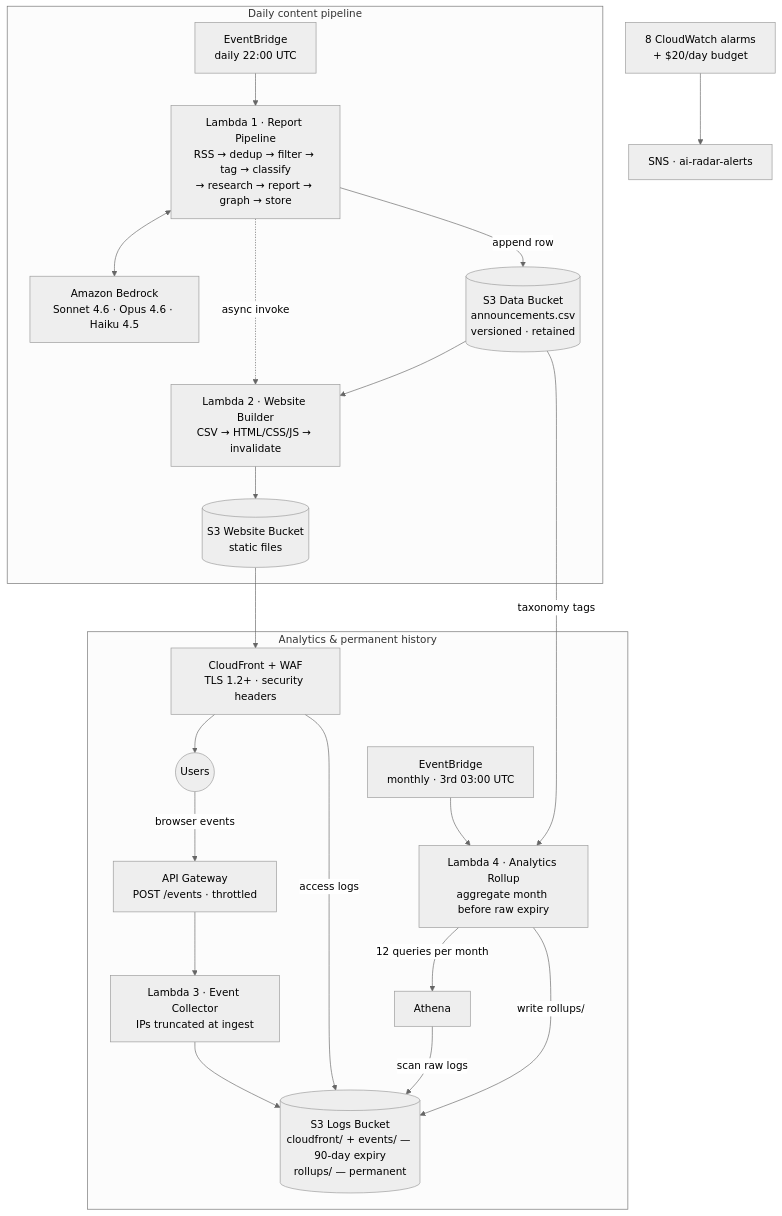
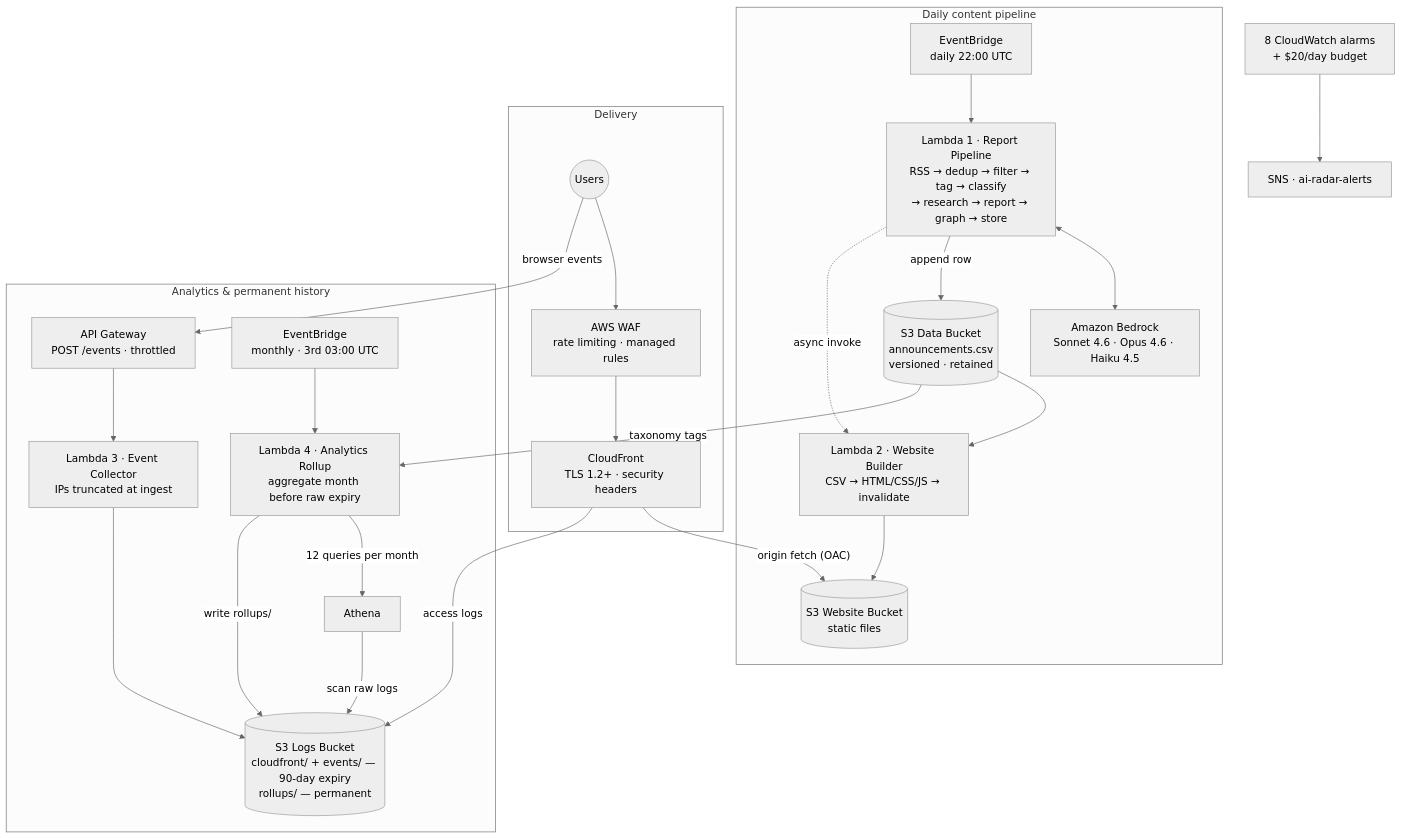
The diagram in README.md (bbonik/ai-radar-aws), drawn with Mermaid (neutral theme) before and after one commit.

Commit message:
README: split WAF from CloudFront in diagram, draw request-first flow
Users -> WAF -> CloudFront -> S3 origin (OAC) reads as the actual request
path; the previous website->CloudFront->users direction hid that WAF and
CloudFront sit in front of the site.

````diff
--- a/README.md
+++ b/README.md
@@ -42,29 +42,32 @@
 ```mermaid
 graph TB
     subgraph pipeline["Daily content pipeline"]
         EB1["EventBridge<br/>daily 22:00 UTC"] --> L1["Lambda 1 · Report Pipeline<br/>RSS → dedup → filter → tag → classify<br/>→ research → report → graph → store"]
         BR["Amazon Bedrock<br/>Sonnet 4.6 · Opus 4.6 · Haiku 4.5"]
         L1 <--> BR
         L1 -- "append row" --> DATA[("S3 Data Bucket<br/>announcements.csv<br/>versioned · retained")]
         L1 -. "async invoke" .-> L2["Lambda 2 · Website Builder<br/>CSV → HTML/CSS/JS → invalidate"]
         DATA --> L2
         L2 --> WEB[("S3 Website Bucket<br/>static files")]
     end
 
-    WEB --> CF["CloudFront + WAF<br/>TLS 1.2+ · security headers"]
-    CF --> U(("Users"))
+    subgraph delivery["Delivery"]
+        U(("Users")) --> WAF["AWS WAF<br/>rate limiting · managed rules"]
+        WAF --> CF["CloudFront<br/>TLS 1.2+ · security headers"]
+        CF -- "origin fetch (OAC)" --> WEB
+    end
 
     subgraph analytics["Analytics & permanent history"]
         U -- "browser events" --> API["API Gateway<br/>POST /events · throttled"]
         API --> L3["Lambda 3 · Event Collector<br/>IPs truncated at ingest"]
         L3 --> LOGS[("S3 Logs Bucket<br/>cloudfront/ + events/ — 90-day expiry<br/>rollups/ — permanent")]
         CF -- "access logs" --> LOGS
         EB2["EventBridge<br/>monthly · 3rd 03:00 UTC"] --> L4["Lambda 4 · Analytics Rollup<br/>aggregate month before raw expiry"]
         L4 -- "12 queries per month" --> ATH["Athena"]
         ATH -- "scan raw logs" --> LOGS
         L4 -- "write rollups/" --> LOGS
         DATA -- "taxonomy tags" --> L4
     end
 
     ALARMS["8 CloudWatch alarms<br/>+ $20/day budget"] --> SNS["SNS · ai-radar-alerts"]
 ```
````
